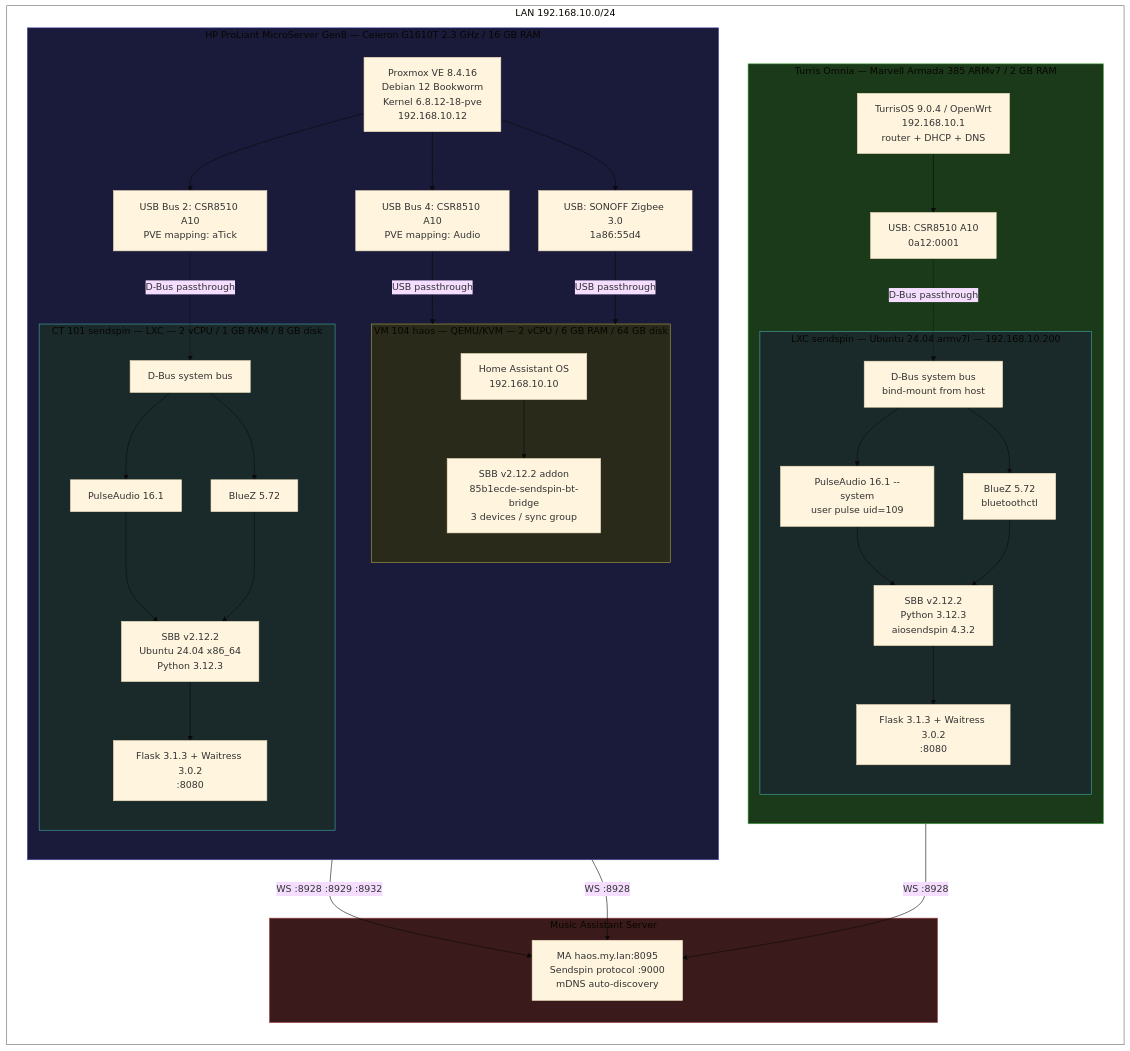
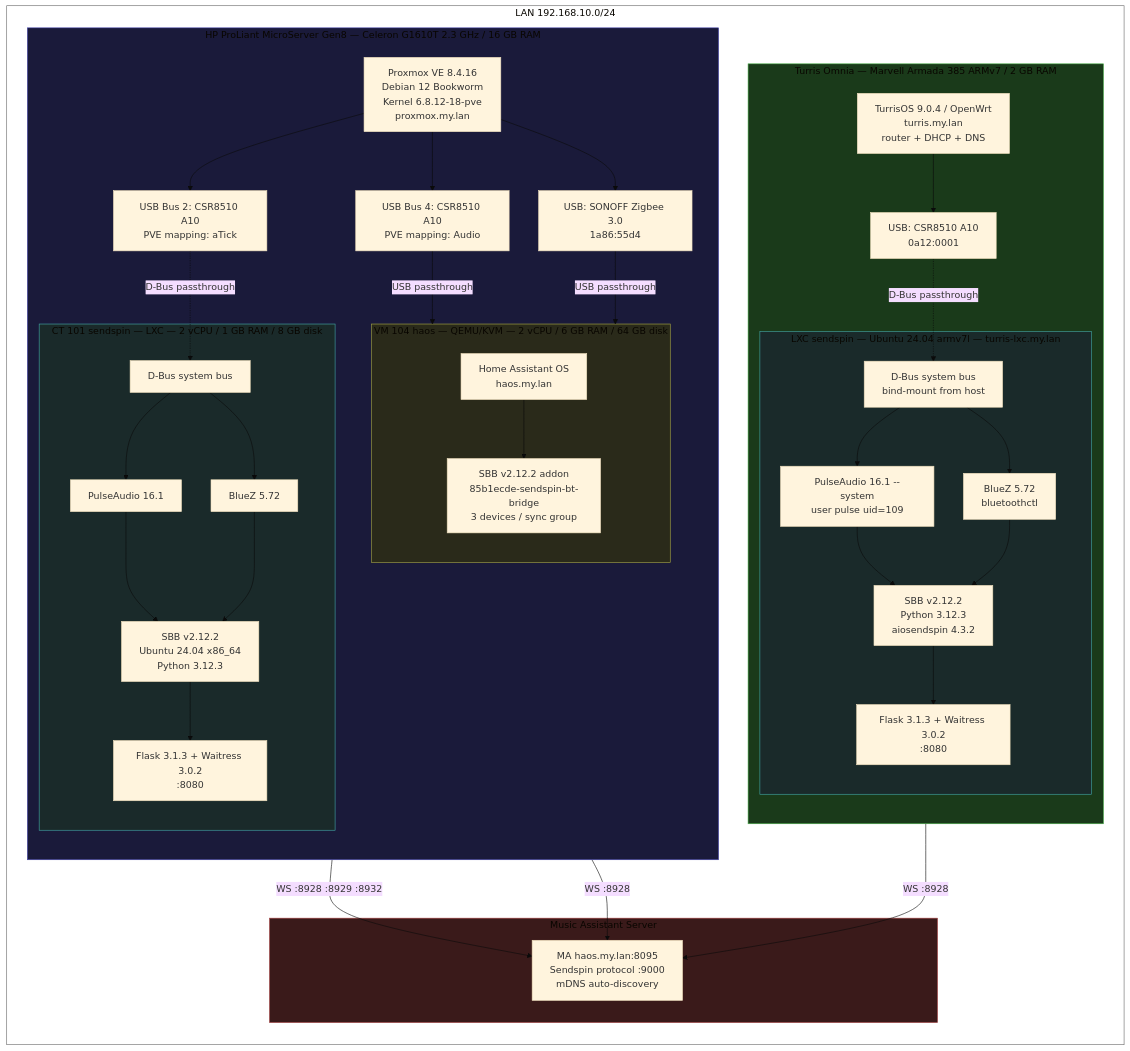
Before and after one commit to trudenboy/sendspin-bt-bridge: the first of 3 diagrams in docs-site/src/content/docs/test-stand.md, drawn with Mermaid (base theme). The commit also changed other lines of this file and 1 other file, not shown here.

````diff
--- a/docs-site/src/content/docs/test-stand.md
+++ b/docs-site/src/content/docs/test-stand.md
@@ -10,76 +10,76 @@
 ```mermaid
 graph TB
     subgraph net["LAN 192.168.10.0/24"]
         direction TB
 
         subgraph turris["Turris Omnia — Marvell Armada 385 ARMv7 / 2 GB RAM"]
             direction TB
-            T_HOST["TurrisOS 9.0.4 / OpenWrt<br/>192.168.10.1<br/>router + DHCP + DNS"]
+            T_HOST["TurrisOS 9.0.4 / OpenWrt<br/>turris.my.lan<br/>router + DHCP + DNS"]
             T_USB["USB: CSR8510 A10<br/>0a12:0001"]
-            subgraph T_LXC["LXC sendspin — Ubuntu 24.04 armv7l — 192.168.10.200"]
+            subgraph T_LXC["LXC sendspin — Ubuntu 24.04 armv7l — turris-lxc.my.lan"]
                 T_DBUS["D-Bus system bus<br/>bind-mount from host"]
                 T_PA["PulseAudio 16.1 --system<br/>user pulse uid=109"]
                 T_BLUEZ["BlueZ 5.72<br/>bluetoothctl"]
                 T_SBB["SBB v2.12.2<br/>Python 3.12.3<br/>aiosendspin 4.3.2"]
                 T_WEB["Flask 3.1.3 + Waitress 3.0.2<br/>:8080"]
                 T_DBUS --> T_BLUEZ
                 T_DBUS --> T_PA
                 T_PA --> T_SBB
                 T_BLUEZ --> T_SBB
                 T_SBB --> T_WEB
             end
             T_HOST --> T_USB
             T_USB -.->|D-Bus passthrough| T_DBUS
         end
 
         subgraph proxmox["HP ProLiant MicroServer Gen8 — Celeron G1610T 2.3 GHz / 16 GB RAM"]
             direction TB
-            P_HOST["Proxmox VE 8.4.16<br/>Debian 12 Bookworm<br/>Kernel 6.8.12-18-pve<br/>192.168.10.12"]
+            P_HOST["Proxmox VE 8.4.16<br/>Debian 12 Bookworm<br/>Kernel 6.8.12-18-pve<br/>proxmox.my.lan"]
             P_USB1["USB Bus 4: CSR8510 A10<br/>PVE mapping: Audio"]
             P_USB2["USB Bus 2: CSR8510 A10<br/>PVE mapping: aTick"]
             P_ZIG["USB: SONOFF Zigbee 3.0<br/>1a86:55d4"]
 
             subgraph P_VM["VM 104 haos — QEMU/KVM — 2 vCPU / 6 GB RAM / 64 GB disk"]
-                P_HAOS["Home Assistant OS<br/>192.168.10.10"]
+                P_HAOS["Home Assistant OS<br/>haos.my.lan"]
                 P_ADDON["SBB v2.12.2 addon<br/>85b1ecde-sendspin-bt-bridge<br/>3 devices / sync group"]
                 P_HAOS --> P_ADDON
             end
 
             subgraph P_CT["CT 101 sendspin — LXC — 2 vCPU / 1 GB RAM / 8 GB disk"]
                 P_DBUS["D-Bus system bus"]
                 P_PA["PulseAudio 16.1"]
                 P_BLUEZ2["BlueZ 5.72"]
                 P_SBB["SBB v2.12.2<br/>Ubuntu 24.04 x86_64<br/>Python 3.12.3"]
                 P_WEB2["Flask 3.1.3 + Waitress 3.0.2<br/>:8080"]
                 P_DBUS --> P_BLUEZ2
                 P_DBUS --> P_PA
                 P_PA --> P_SBB
                 P_BLUEZ2 --> P_SBB
                 P_SBB --> P_WEB2
             end
 
             P_HOST --> P_USB1
             P_HOST --> P_USB2
             P_HOST --> P_ZIG
             P_USB1 -->|USB passthrough| P_VM
             P_USB2 -.->|D-Bus passthrough| P_DBUS
             P_ZIG -->|USB passthrough| P_VM
         end
 
         subgraph ma_box["Music Assistant Server"]
             MA["MA haos.my.lan:8095<br/>Sendspin protocol :9000<br/>mDNS auto-discovery"]
         end
     end
 
     P_ADDON -->|"WS :8928 :8929 :8932"| MA
     P_SBB -->|"WS :8928"| MA
     T_SBB -->|"WS :8928"| MA
 
     style net fill:none,stroke:#666
     style turris fill:#1a3a1a,stroke:#4a4
     style proxmox fill:#1a1a3a,stroke:#44a
     style ma_box fill:#3a1a1a,stroke:#a44
     style P_VM fill:#2a2a1a,stroke:#aa4
     style P_CT fill:#1a2a2a,stroke:#4aa
     style T_LXC fill:#1a2a2a,stroke:#4aa
 ```
````
